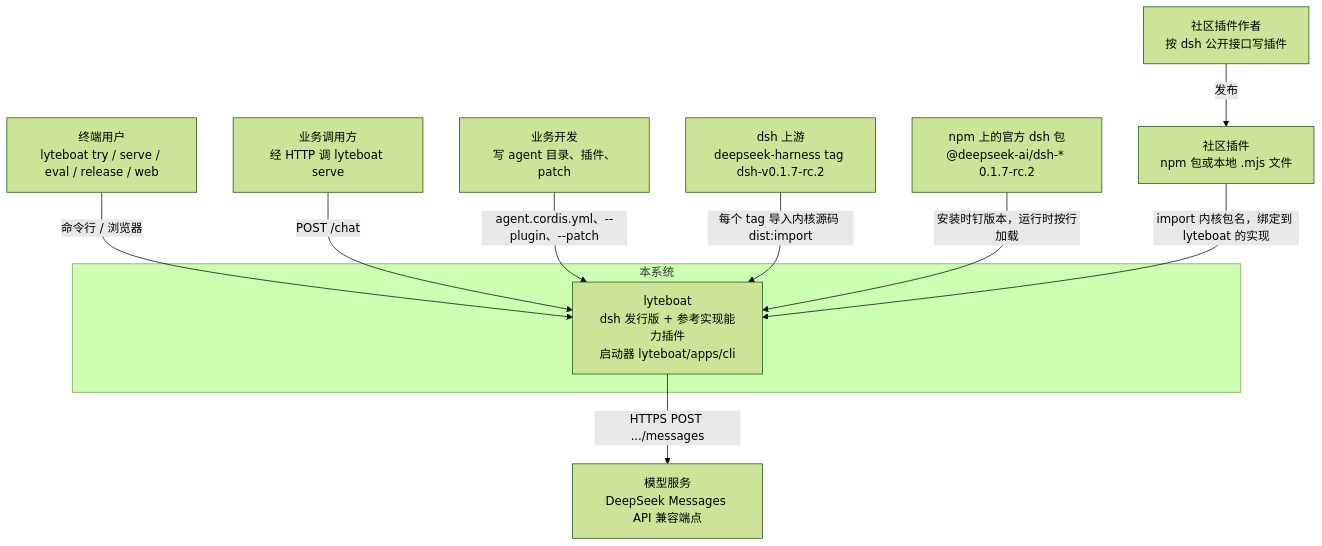
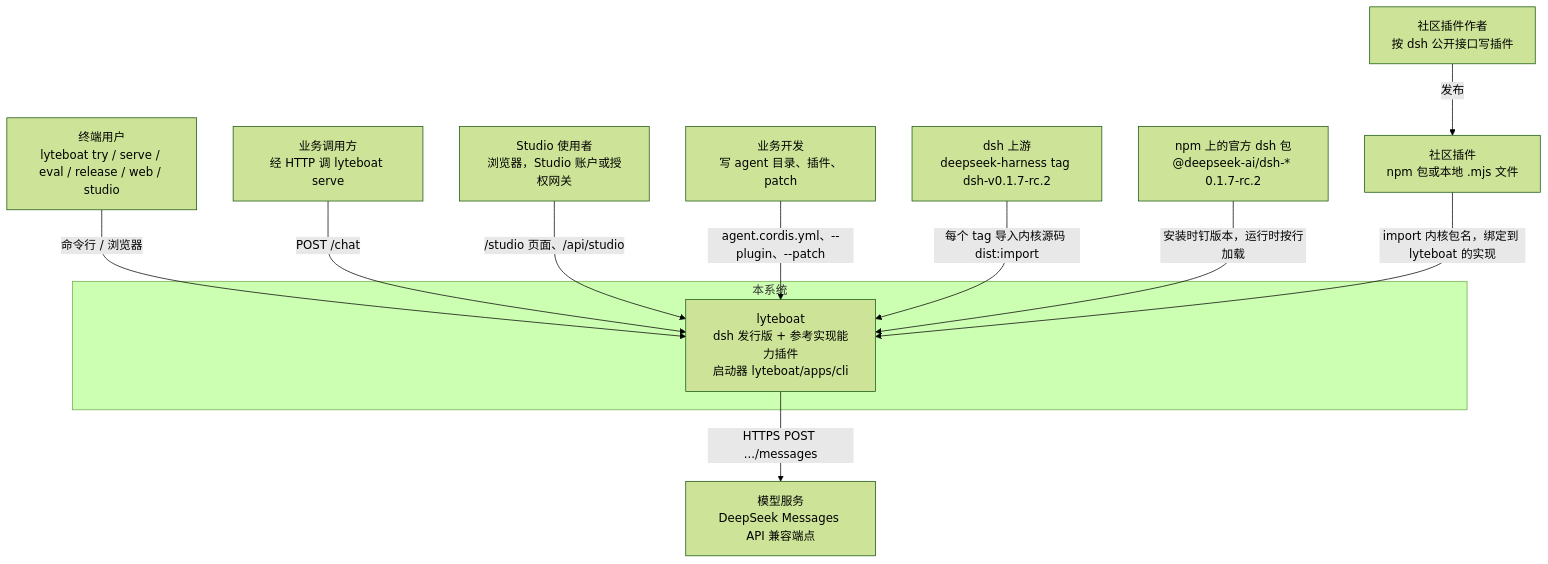
One commit to lyteboat/boat changed the first of 12 diagrams in docs/01-architecture.md. Above: the diagram before and after it, drawn with Mermaid (forest theme). The commit also changed other lines of this file and 5 other files, not shown here.

````diff
--- a/docs/01-architecture.md
+++ b/docs/01-architecture.md
@@ -72,22 +72,24 @@
 ```mermaid
 flowchart TB
-  user["终端用户<br/>lyteboat try / serve / eval / release / web"]
+  user["终端用户<br/>lyteboat try / serve / eval / release / web / studio"]
   caller["业务调用方<br/>经 HTTP 调 lyteboat serve"]
+  sviewer["Studio 使用者<br/>浏览器，Studio 账户或授权网关"]
   dev["业务开发<br/>写 agent 目录、插件、patch"]
   author["社区插件作者<br/>按 dsh 公开接口写插件"]
   subgraph SYS["本系统"]
     lyteboat["lyteboat<br/>dsh 发行版 + 参考实现能力插件<br/>启动器 lyteboat/apps/cli"]
   end
   upstream["dsh 上游<br/>deepseek-harness tag dsh-v0.1.7-rc.2"]
   npm["npm 上的官方 dsh 包<br/>@deepseek-ai/dsh-* 0.1.7-rc.2"]
   cplug["社区插件<br/>npm 包或本地 .mjs 文件"]
   model["模型服务<br/>DeepSeek Messages API 兼容端点"]
   user -->|"命令行 / 浏览器"| lyteboat
   caller -->|"POST /chat"| lyteboat
+  sviewer -->|"/studio 页面、/api/studio"| lyteboat
   dev -->|"agent.cordis.yml、--plugin、--patch"| lyteboat
   upstream -->|"每个 tag 导入内核源码 dist:import"| lyteboat
   npm -->|"安装时钉版本，运行时按行加载"| lyteboat
   author -->|"发布"| cplug
   cplug -->|"import 内核包名，绑定到 lyteboat 的实现"| lyteboat
   lyteboat -->|"HTTPS POST .../messages"| model
 ```
````
